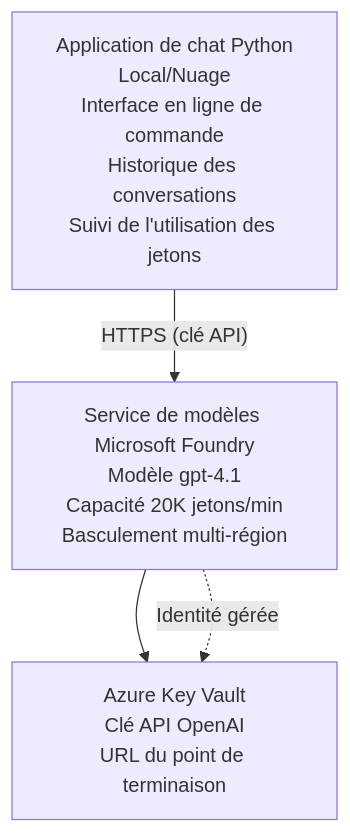
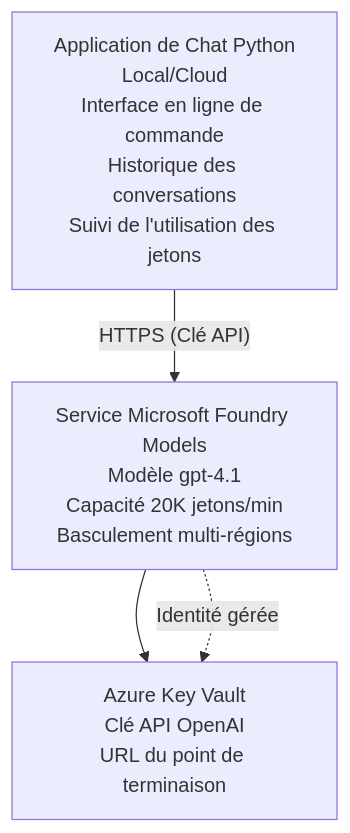
One commit to microsoft/AZD-for-beginners changed the diagram in translations/fr/examples/azure-openai-chat/README.md. Above: the diagram before and after it, drawn with Mermaid. The commit also changed other lines of this file and 104 other files, not shown here.

````diff
--- a/translations/fr/examples/azure-openai-chat/README.md
+++ b/translations/fr/examples/azure-openai-chat/README.md
@@ -26,6 +26,6 @@
 ```mermaid
 graph TD
-    App[Application de chat Python<br/>Local/Nuage<br/>Interface en ligne de commande<br/>Historique des conversations<br/>Suivi de l'utilisation des jetons] -- "HTTPS (clé API)" --> Foundry[Service de modèles Microsoft Foundry<br/>Modèle gpt-4.1<br/>Capacité 20K jetons/min<br/>Basculement multi-région]
+    App[Application de Chat Python<br/>Local/Cloud<br/>Interface en ligne de commande<br/>Historique des conversations<br/>Suivi de l'utilisation des jetons] -- "HTTPS (Clé API)" --> Foundry[Service Microsoft Foundry Models<br/>Modèle gpt-4.1<br/>Capacité 20K jetons/min<br/>Basculement multi-régions]
     Foundry --> KV[Azure Key Vault<br/>Clé API OpenAI<br/>URL du point de terminaison]
     Foundry -. Identité gérée .-> KV
 ```
````
